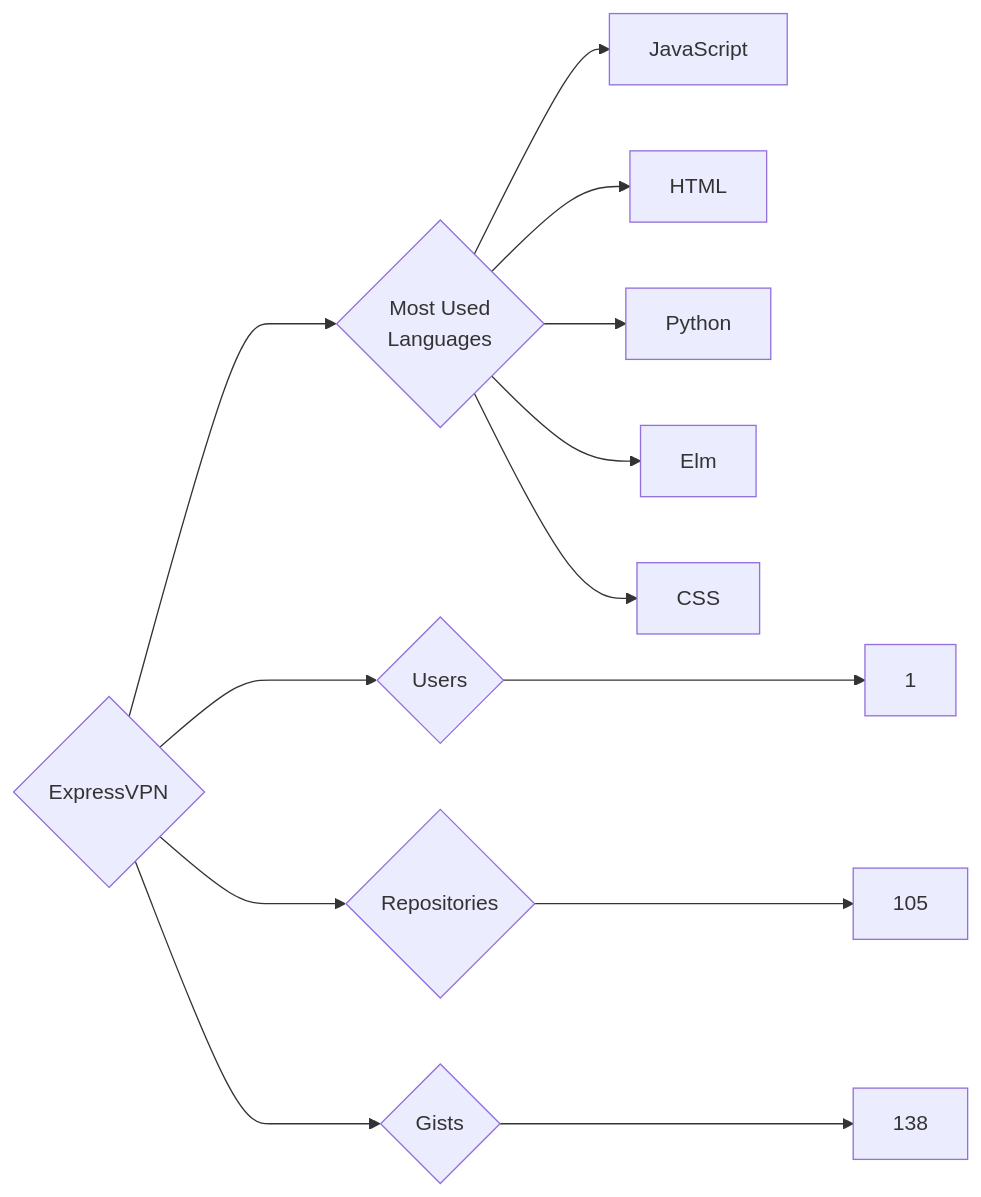
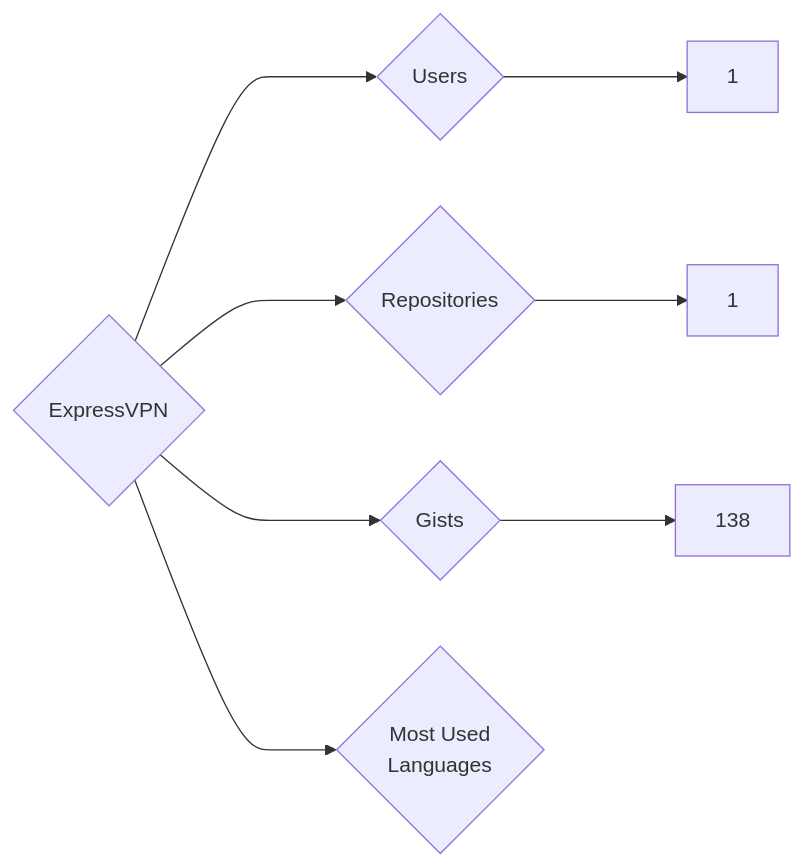
The diagram in targets/ExpressVPN/README.md (trickest/insiders), drawn with Mermaid before and after one commit. The commit also changed 933 other files, not shown here.

````diff
--- a/targets/ExpressVPN/README.md
+++ b/targets/ExpressVPN/README.md
@@ -3,13 +3,8 @@
 ```mermaid
 graph LR
 COMPANY_NAME{ExpressVPN}
 COMPANY_NAME ---> U{Users} ---> UN[1]
-COMPANY_NAME ---> R{Repositories} ---> RN[105]
+COMPANY_NAME ---> R{Repositories} ---> RN[1]
 COMPANY_NAME ---> G{Gists} ---> GN[138]
 COMPANY_NAME ---> ML{Most Used<br>Languages}
-ML --> JavaScript[JavaScript]
-ML --> HTML[HTML]
-ML --> Python[Python]
-ML --> Elm[Elm]
-ML --> CSS[CSS]
 ```
````
